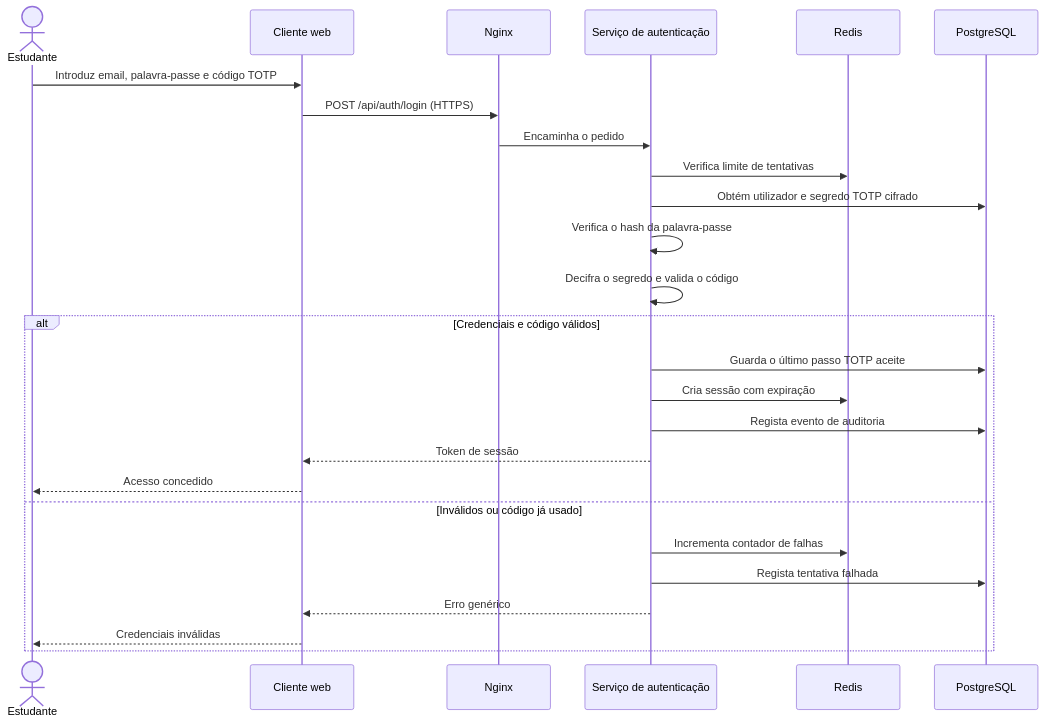
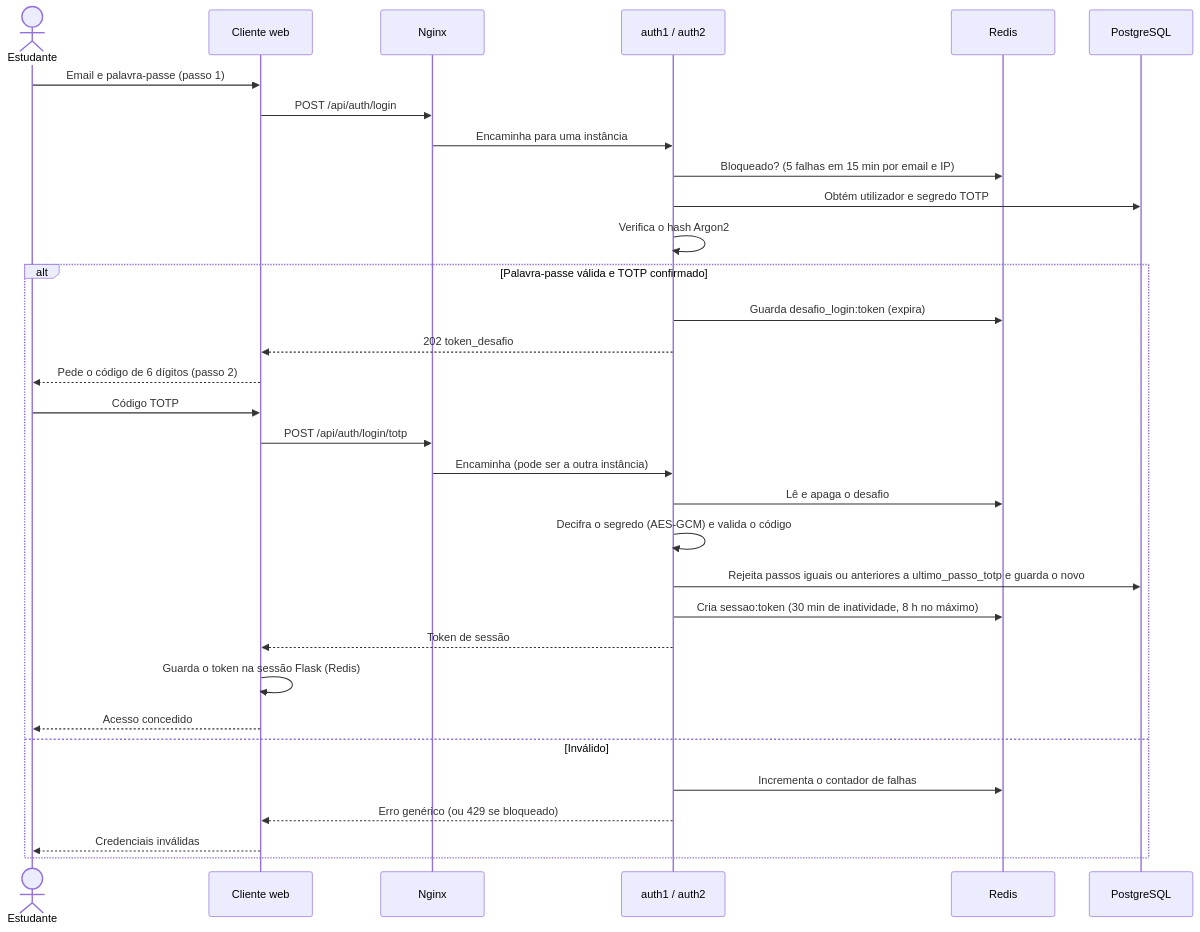
The second of 5 diagrams in _documentacao/04_documentacao_tecnica/diagramas_uml.md (carloslima11/StudySpot), drawn with Mermaid before and after one commit. The commit also changed other lines of this file and 27 other files, not shown here.

````diff
--- a/_documentacao/04_documentacao_tecnica/diagramas_uml.md
+++ b/_documentacao/04_documentacao_tecnica/diagramas_uml.md
@@ -83,29 +105,35 @@
 ```mermaid
 sequenceDiagram
     actor E as Estudante
     participant W as Cliente web
     participant N as Nginx
-    participant A as Serviço de autenticação
+    participant A as auth1 / auth2
     participant R as Redis
     participant DB as PostgreSQL
 
-    E->>W: Introduz email, palavra-passe e código TOTP
-    W->>N: POST /api/auth/login (HTTPS)
-    N->>A: Encaminha o pedido
-    A->>R: Verifica limite de tentativas
-    A->>DB: Obtém utilizador e segredo TOTP cifrado
-    A->>A: Verifica o hash da palavra-passe
-    A->>A: Decifra o segredo e valida o código
-    alt Credenciais e código válidos
-        A->>DB: Guarda o último passo TOTP aceite
-        A->>R: Cria sessão com expiração
-        A->>DB: Regista evento de auditoria
+    E->>W: Email e palavra-passe (passo 1)
+    W->>N: POST /api/auth/login
+    N->>A: Encaminha para uma instância
+    A->>R: Bloqueado? (5 falhas em 15 min por email e IP)
+    A->>DB: Obtém utilizador e segredo TOTP
+    A->>A: Verifica o hash Argon2
+    alt Palavra-passe válida e TOTP confirmado
+        A->>R: Guarda desafio_login:token (expira)
+        A-->>W: 202 token_desafio
+        W-->>E: Pede o código de 6 dígitos (passo 2)
+        E->>W: Código TOTP
+        W->>N: POST /api/auth/login/totp
+        N->>A: Encaminha (pode ser a outra instância)
+        A->>R: Lê e apaga o desafio
+        A->>A: Decifra o segredo (AES-GCM) e valida o código
+        A->>DB: Rejeita passos iguais ou anteriores a ultimo_passo_totp e guarda o novo
+        A->>R: Cria sessao:token (30 min de inatividade, 8 h no máximo)
         A-->>W: Token de sessão
+        W->>W: Guarda o token na sessão Flask (Redis)
         W-->>E: Acesso concedido
-    else Inválidos ou código já usado
-        A->>R: Incrementa contador de falhas
-        A->>DB: Regista tentativa falhada
-        A-->>W: Erro genérico
+    else Inválido
+        A->>R: Incrementa o contador de falhas
+        A-->>W: Erro genérico (ou 429 se bloqueado)
         W-->>E: Credenciais inválidas
     end
 ```
````
